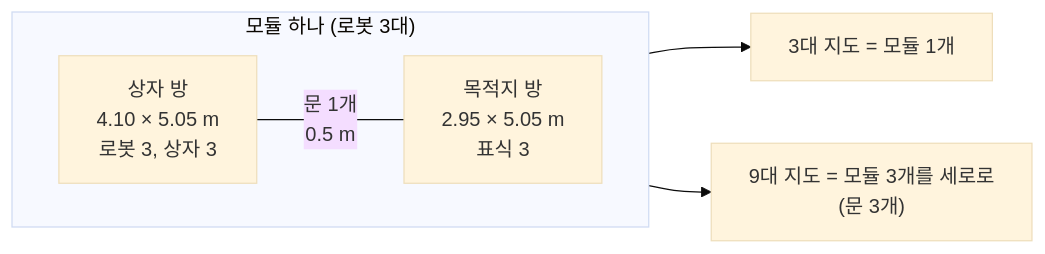
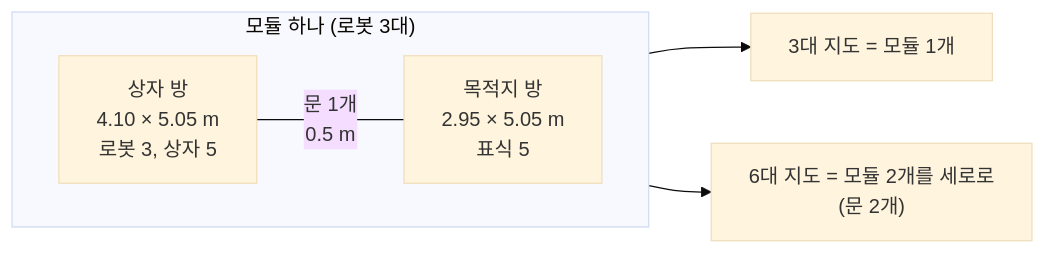
Before and after one commit to cmkang131/UGRP-Multi-Robot-Collaboration-Project: the first of 5 diagrams in docs/architecture.md, drawn with Mermaid (base theme). The commit also changed other lines of this file, not shown here.

````diff
--- a/docs/architecture.md
+++ b/docs/architecture.md
@@ -60,9 +60,9 @@
 ```mermaid
 flowchart LR
     subgraph U["모듈 하나 (로봇 3대)"]
         direction LR
-        BR["상자 방<br/>4.10 × 5.05 m<br/>로봇 3, 상자 3"] ---|"문 1개<br/>0.5 m"| DR["목적지 방<br/>2.95 × 5.05 m<br/>표식 3"]
+        BR["상자 방<br/>4.10 × 5.05 m<br/>로봇 3, 상자 5"] ---|"문 1개<br/>0.5 m"| DR["목적지 방<br/>2.95 × 5.05 m<br/>표식 5"]
     end
     U --> N3["3대 지도 = 모듈 1개"]
-    U --> N9["9대 지도 = 모듈 3개를 세로로<br/>(문 3개)"]
+    U --> N6["6대 지도 = 모듈 2개를 세로로<br/>(문 2개)"]
 ```
````
